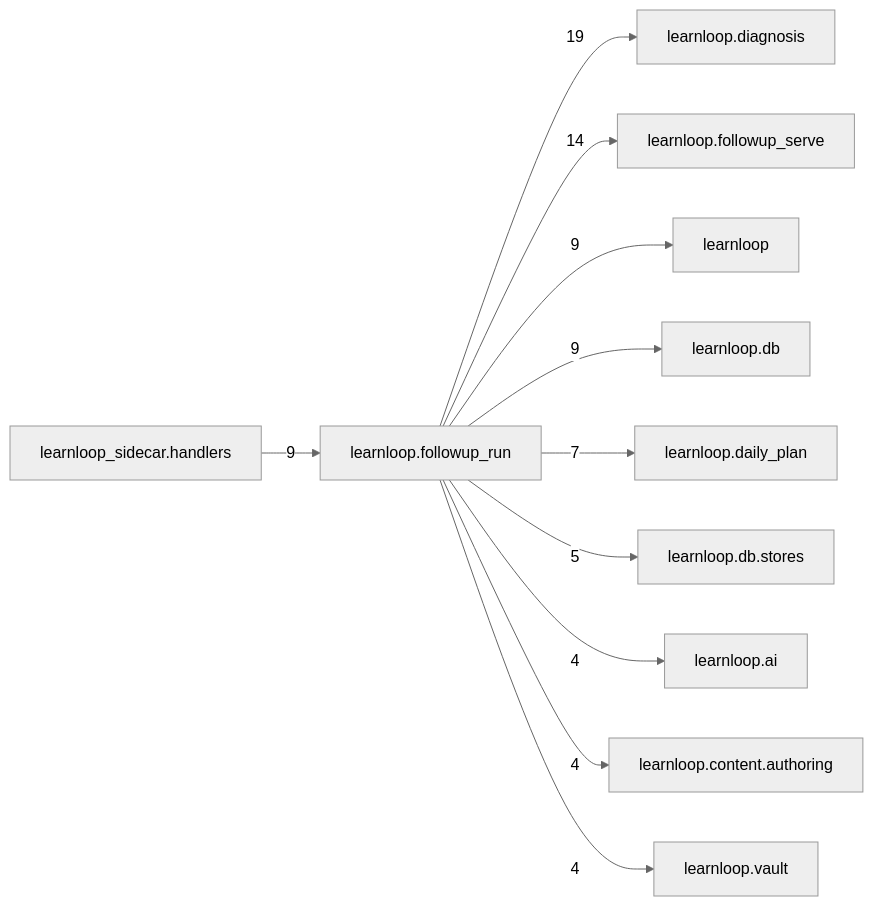
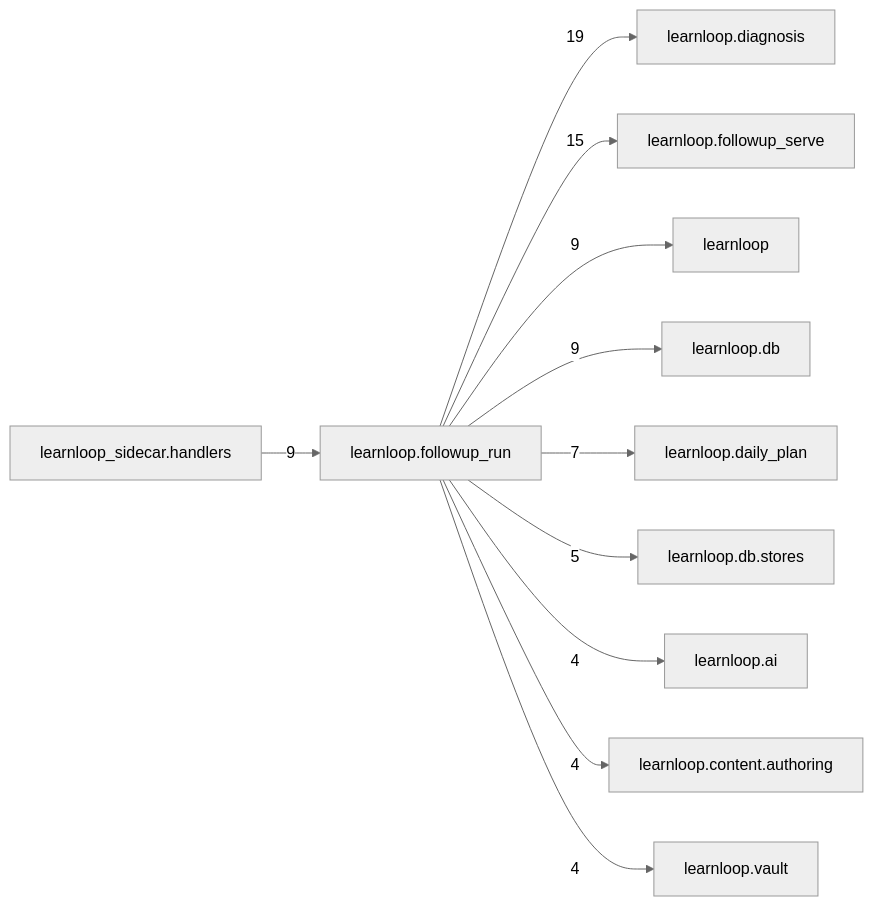
One commit to 6up-b/learnanything changed the diagram in docs/learnloop-architecture-vault/Reference/Modules/learnloop/followup_run/_package.md. Above: the diagram before and after it, drawn with Mermaid (neutral theme). The commit also changed other lines of this file and 467 other files, not shown here.

````diff
--- a/docs/learnloop-architecture-vault/Reference/Modules/learnloop/followup_run/_package.md
+++ b/docs/learnloop-architecture-vault/Reference/Modules/learnloop/followup_run/_package.md
@@ -100,24 +100,24 @@
 ```mermaid
 flowchart LR
     center["learnloop.followup_run"]
     n_learnloop_diagnosis["learnloop.diagnosis"]
     n_learnloop_followup_serve["learnloop.followup_serve"]
     n_learnloop["learnloop"]
     n_learnloop_db["learnloop.db"]
     n_learnloop_sidecar_handlers["learnloop_sidecar.handlers"]
     n_learnloop_daily_plan["learnloop.daily_plan"]
     n_learnloop_db_stores["learnloop.db.stores"]
     n_learnloop_ai["learnloop.ai"]
     n_learnloop_content_authoring["learnloop.content.authoring"]
     n_learnloop_vault["learnloop.vault"]
     center -->|19| n_learnloop_diagnosis
-    center -->|14| n_learnloop_followup_serve
+    center -->|15| n_learnloop_followup_serve
     center -->|9| n_learnloop
     center -->|9| n_learnloop_db
     n_learnloop_sidecar_handlers -->|9| center
     center -->|7| n_learnloop_daily_plan
     center -->|5| n_learnloop_db_stores
     center -->|4| n_learnloop_ai
     center -->|4| n_learnloop_content_authoring
     center -->|4| n_learnloop_vault
 ```
````
